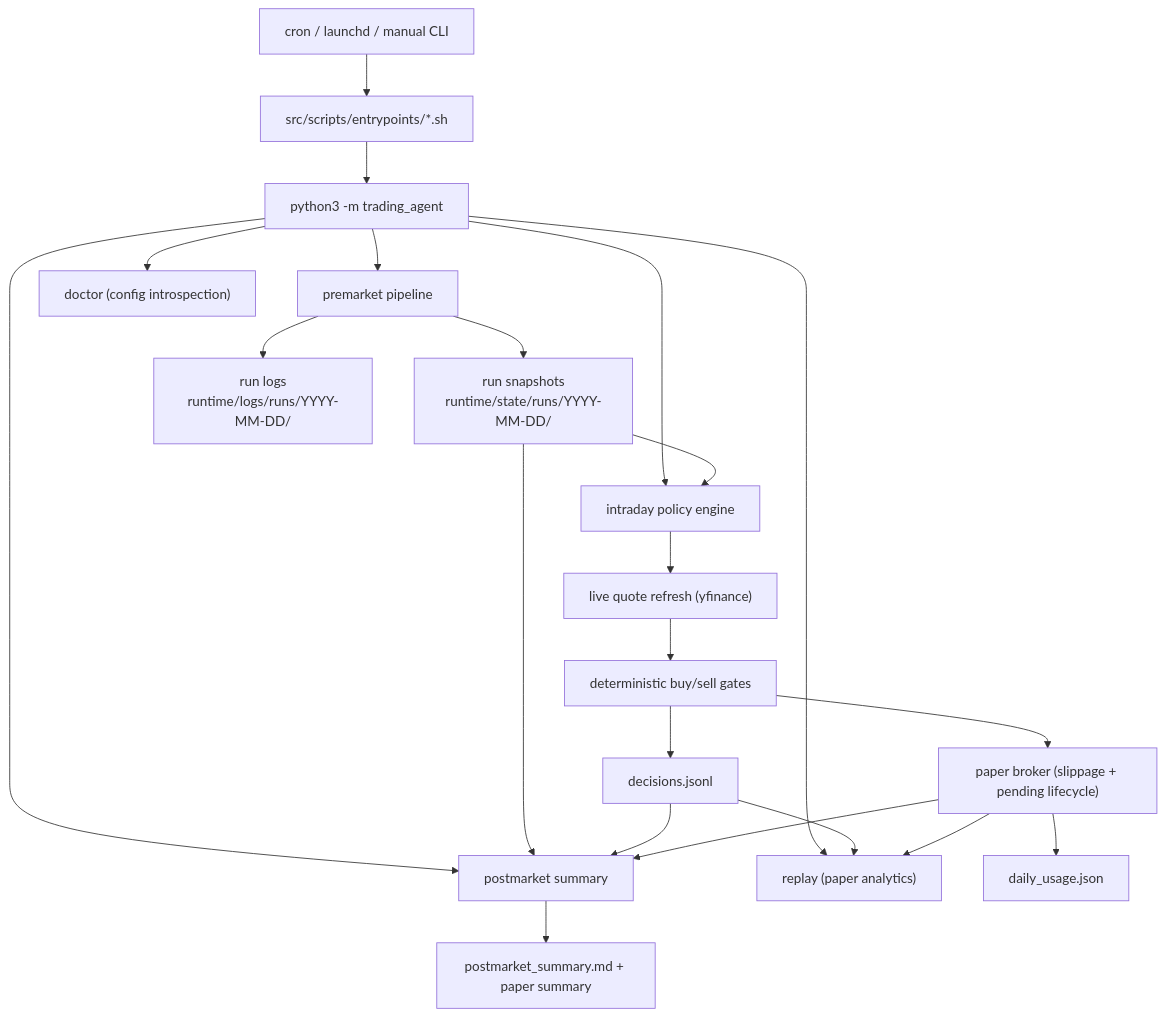
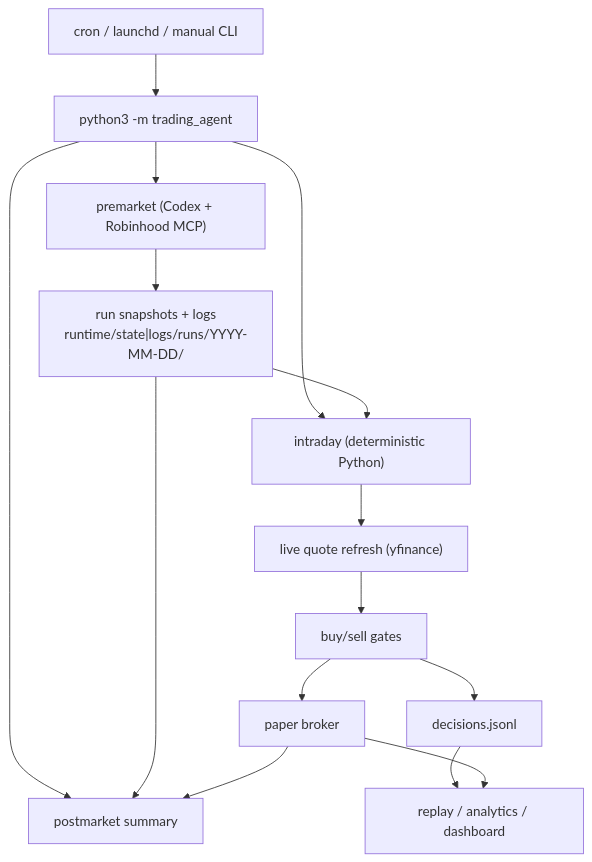
One commit to poi233/robinhood-codex-agent changed the diagram in README.md. Above: the diagram before and after it, drawn with Mermaid. The commit also changed other lines of this file, not shown here.

First line of the commit message:
docs: streamline README — usage-first, important up top, internals moved to docs

````diff
--- a/README.md
+++ b/README.md
@@ -57,29 +118,16 @@
 ```mermaid
 flowchart TD
-    Scheduler["cron / launchd / manual CLI"] --> Entrypoints["src/scripts/entrypoints/*.sh"]
-    Entrypoints --> CLI["python3 -m trading_agent"]
-
-    CLI --> Premarket["premarket pipeline"]
-    CLI --> Intraday["intraday policy engine"]
+    Scheduler["cron / launchd / manual CLI"] --> CLI["python3 -m trading_agent"]
+    CLI --> Premarket["premarket (Codex + Robinhood MCP)"]
+    CLI --> Intraday["intraday (deterministic Python)"]
     CLI --> Postmarket["postmarket summary"]
-    CLI --> Doctor["doctor (config introspection)"]
-    CLI --> Replay["replay (paper analytics)"]
-
-    Premarket --> Snapshots["run snapshots<br/>runtime/state/runs/YYYY-MM-DD/"]
-    Premarket --> Logs["run logs<br/>runtime/logs/runs/YYYY-MM-DD/"]
-
+    Premarket --> Snapshots["run snapshots + logs<br/>runtime/state|logs/runs/YYYY-MM-DD/"]
     Snapshots --> Intraday
     Intraday --> LiveQuotes["live quote refresh (yfinance)"]
-    LiveQuotes --> Policy["deterministic buy/sell gates"]
-    Policy --> Paper["paper broker (slippage + pending lifecycle)"]
-    Paper --> Usage["daily_usage.json"]
+    LiveQuotes --> Policy["buy/sell gates"] --> Paper["paper broker"]
     Policy --> Decisions["decisions.jsonl"]
-
     Snapshots --> Postmarket
-    Decisions --> Postmarket
     Paper --> Postmarket
-    Postmarket --> Summary["postmarket_summary.md + paper summary"]
-
-    Decisions --> Replay
+    Decisions --> Replay["replay / analytics / dashboard"]
     Paper --> Replay
 ```
````
